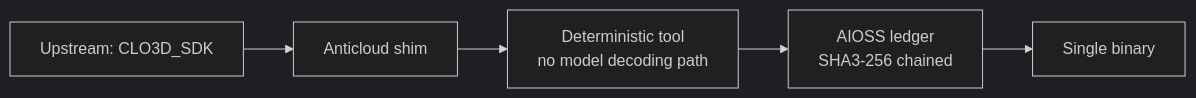
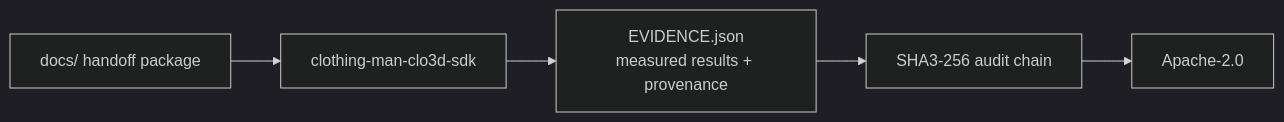
One commit to the-anticloud/clothing-man-clo3d-sdk changed the diagram in README.md. Above: the diagram before and after it, drawn with Mermaid (dark theme). The commit also changed other lines of this file and 8 other files, not shown here.

````diff
--- a/README.md
+++ b/README.md
@@ -11,7 +22,7 @@
 ```mermaid
 graph LR
-    U[Upstream: CLO3D_SDK] --> S[Anticloud shim]
-    S --> T[Deterministic tool<br/>no model decoding path]
-    T --> A[AIOSS ledger<br/>SHA3-256 chained]
-    A --> B[Single binary]
+    D[docs/ handoff package] --> R[clothing-man-clo3d-sdk]
+    R --> E[EVIDENCE.json\nmeasured results + provenance]
+    E --> A[SHA3-256 audit chain]
+    A --> L[Apache-2.0]
 ```
````
